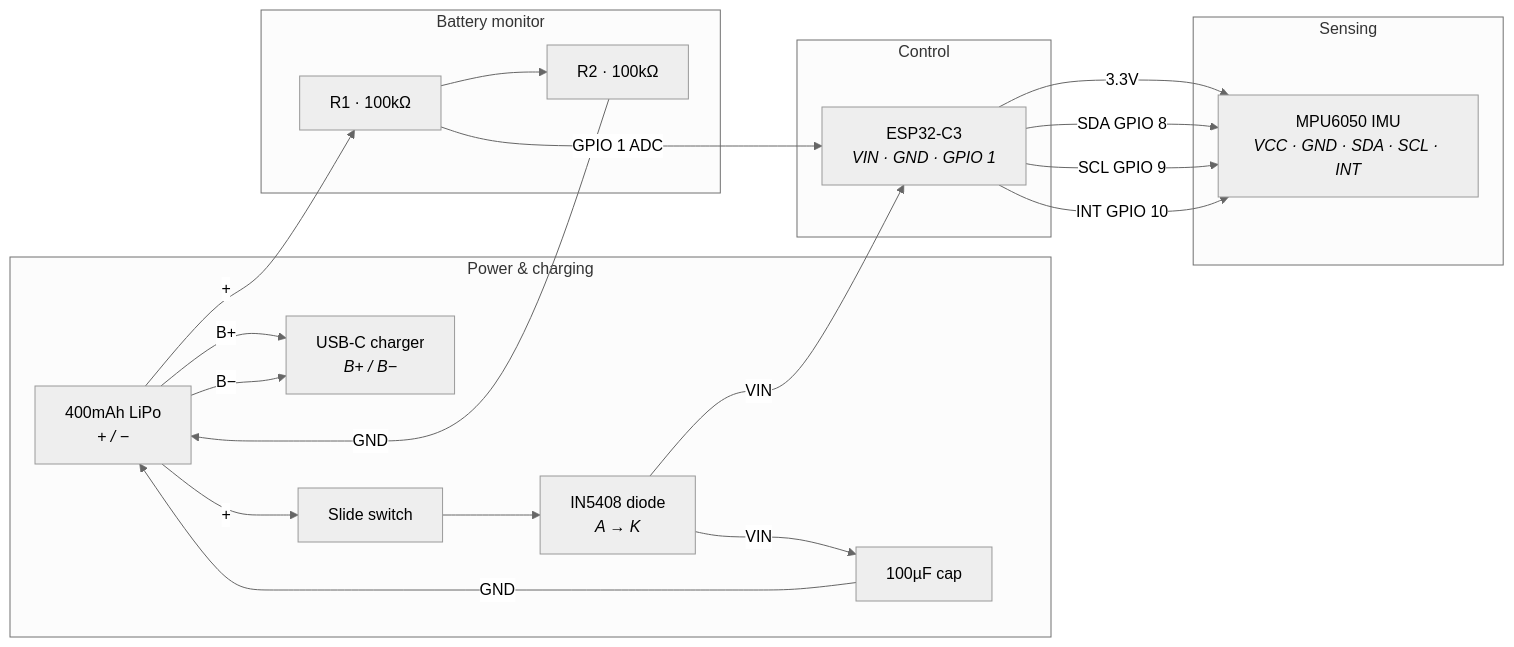
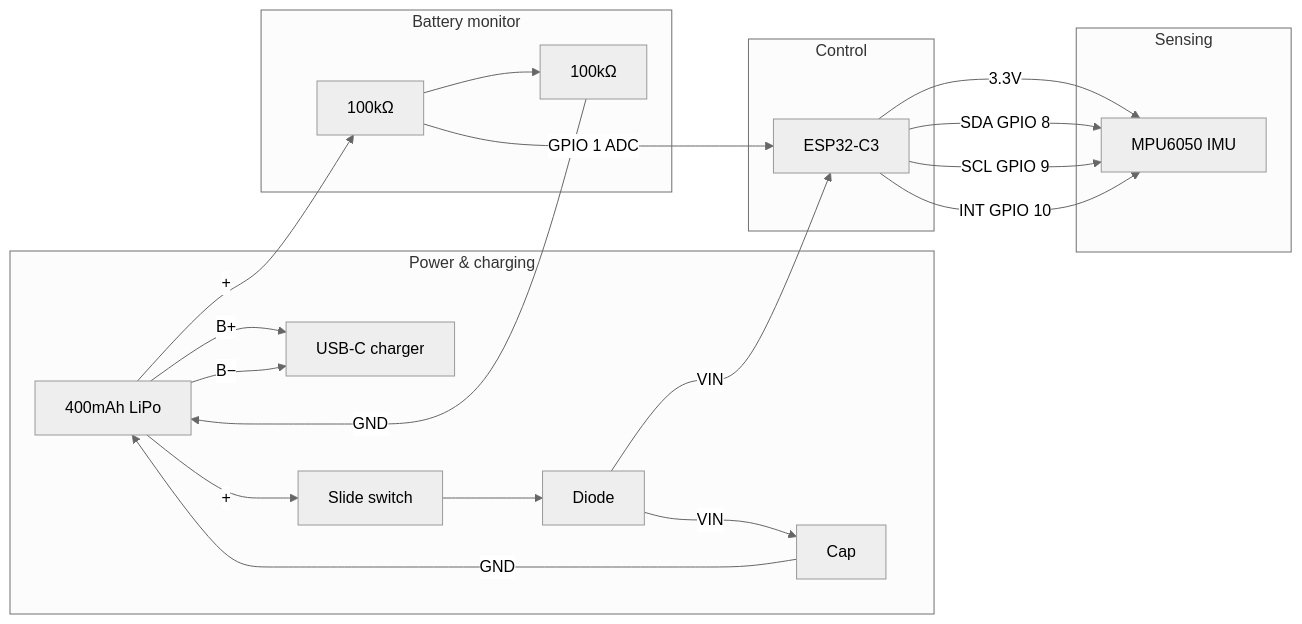
Before and after one commit to StudentBroken/SafeReps: the diagram in README.md, drawn with Mermaid (neutral theme). The commit also changed other lines of this file, not shown here.

````diff
--- a/README.md
+++ b/README.md
@@ -78,42 +73,42 @@
 ```mermaid
 graph LR
 
 subgraph PWR ["Power & charging"]
-  BAT["400mAh LiPo<br/><i>+ / −</i>"]
-  CHG["USB-C charger<br/><i>B+ / B−</i>"]
+  BAT["400mAh LiPo"]
+  CHG["USB-C charger"]
   SW["Slide switch"]
-  D["IN5408 diode<br/><i>A → K</i>"]
-  CAP["100µF cap"]
+  D["Diode"]
+  CAP["Cap"]
 end
 
 subgraph VDIV ["Battery monitor"]
-  R1["R1 · 100kΩ"]
-  R2["R2 · 100kΩ"]
+  R1["100kΩ"]
+  R2["100kΩ"]
 end
 
 subgraph MCU ["Control"]
-  ESP["ESP32-C3<br/><i>VIN · GND · GPIO 1</i>"]
+  ESP["ESP32-C3"]
 end
 
 subgraph SENSE ["Sensing"]
-  MPU["MPU6050 IMU<br/><i>VCC · GND · SDA · SCL · INT</i>"]
+  MPU["MPU6050 IMU"]
 end
 
 BAT -- "B+" --> CHG
 BAT -- "B−" --> CHG
 BAT -- "+" --> SW
 SW --> D
 D -- "VIN" --> ESP
 D -- "VIN" --> CAP
 CAP -- "GND" --> BAT
 
 BAT -- "+" --> R1
 R1 --> R2
 R2 -- "GND" --> BAT
 R1 -- "GPIO 1 ADC" --> ESP
 
 ESP -- "3.3V" --> MPU
 ESP -- "SDA GPIO 8" --> MPU
 ESP -- "SCL GPIO 9" --> MPU
 ESP -- "INT GPIO 10" --> MPU
 ```
````
